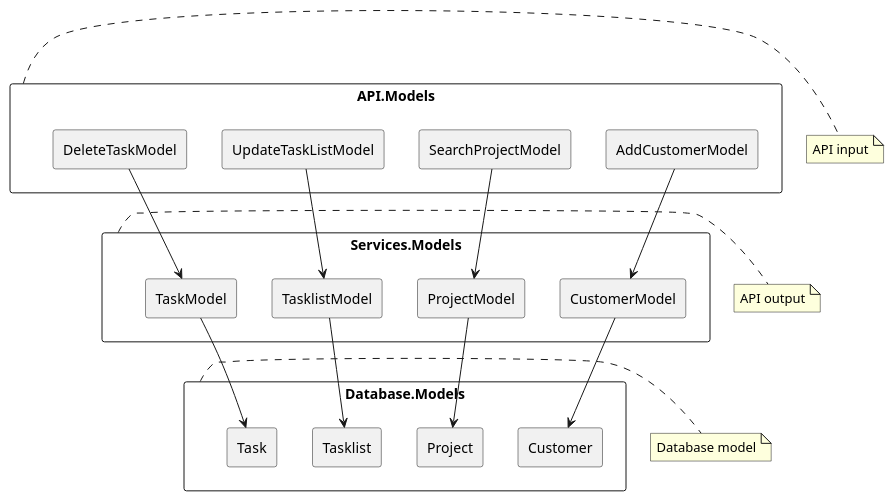
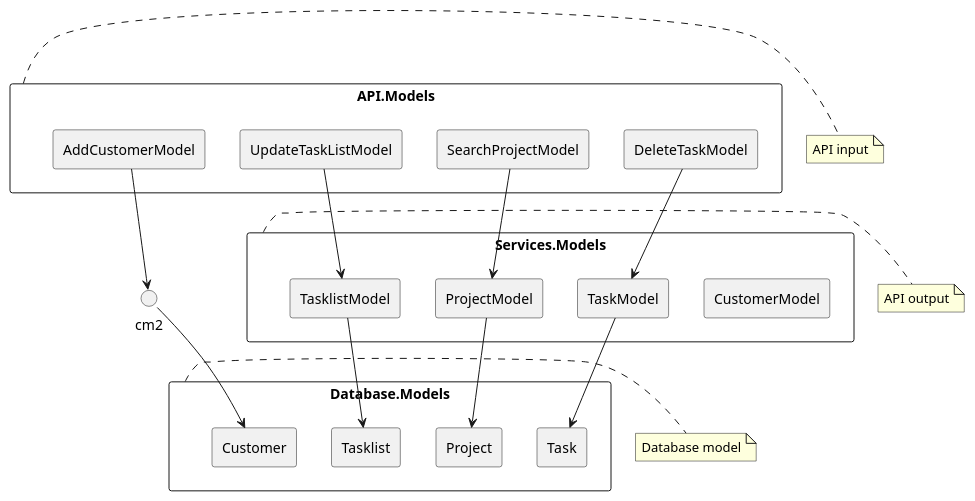
The sixth of 7 diagrams in Documentatie/Software Architecture Document.md (DCReceveur/pre-afstudeer-docs), drawn with PlantUML before and after one commit. The commit also changed other lines of this file and 3 other files, not shown here.

````diff
--- a/Documentatie/Software Architecture Document.md
+++ b/Documentatie/Software Architecture Document.md
@@ -223,45 +230,45 @@
 ```plantuml
 
 rectangle API.Models{
         rectangle AddCustomerModel as cm1
         rectangle SearchProjectModel as sp1
         rectangle UpdateTaskListModel as ut1
         rectangle DeleteTaskModel as dt1
 }
 
 rectangle Services.Models{
-        rectangle CustomerModel as cm2
+        rectangle CustomerModel as cm2ß
         rectangle ProjectModel as sp2
         rectangle TasklistModel as ut2
         rectangle TaskModel as dt2
 }
 
 rectangle Database.Models{
         rectangle Customer as cm3
         rectangle Project as sp3
         rectangle Tasklist as ut3
         rectangle Task as dt3    
 }
 
 note "API input" as n1
 note "API output" as n2
 note "Database model" as n3
 
 API.Models .right. n1
 Services.Models .right. n2
 Database.Models .right. n3
 
 cm1-->cm2
 cm2-->cm3
 
 sp1-->sp2
 sp2-->sp3
 
 ut1-->ut2
 ut2-->ut3
 
 
 dt1-->dt2
 dt2-->dt3
 
 ```
````
